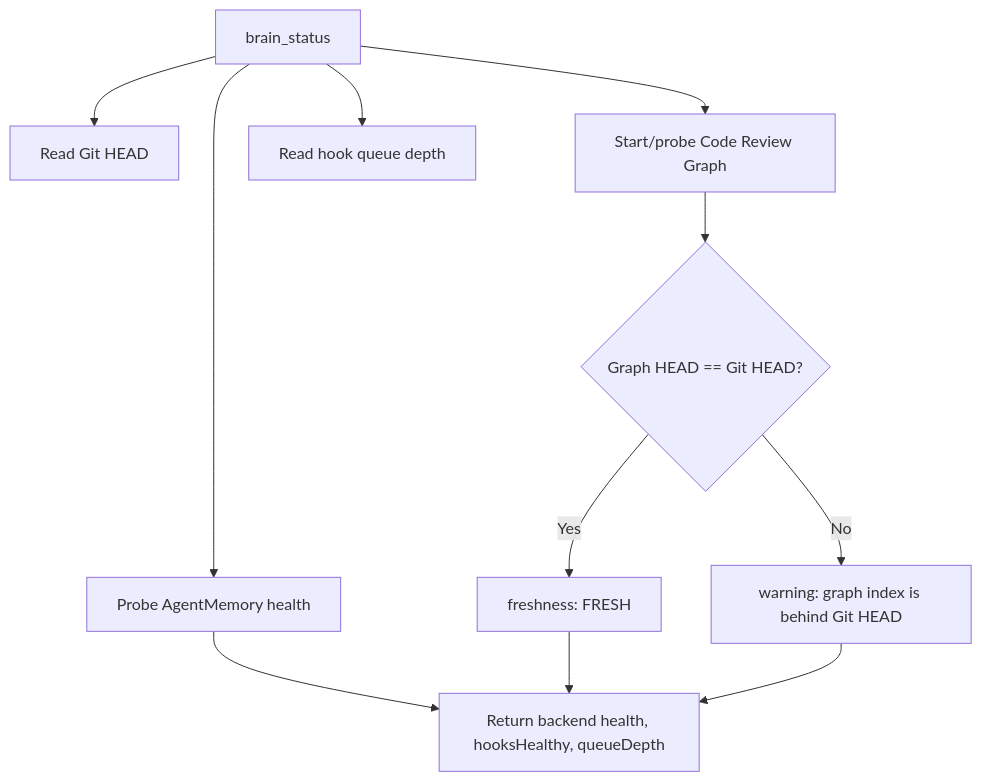
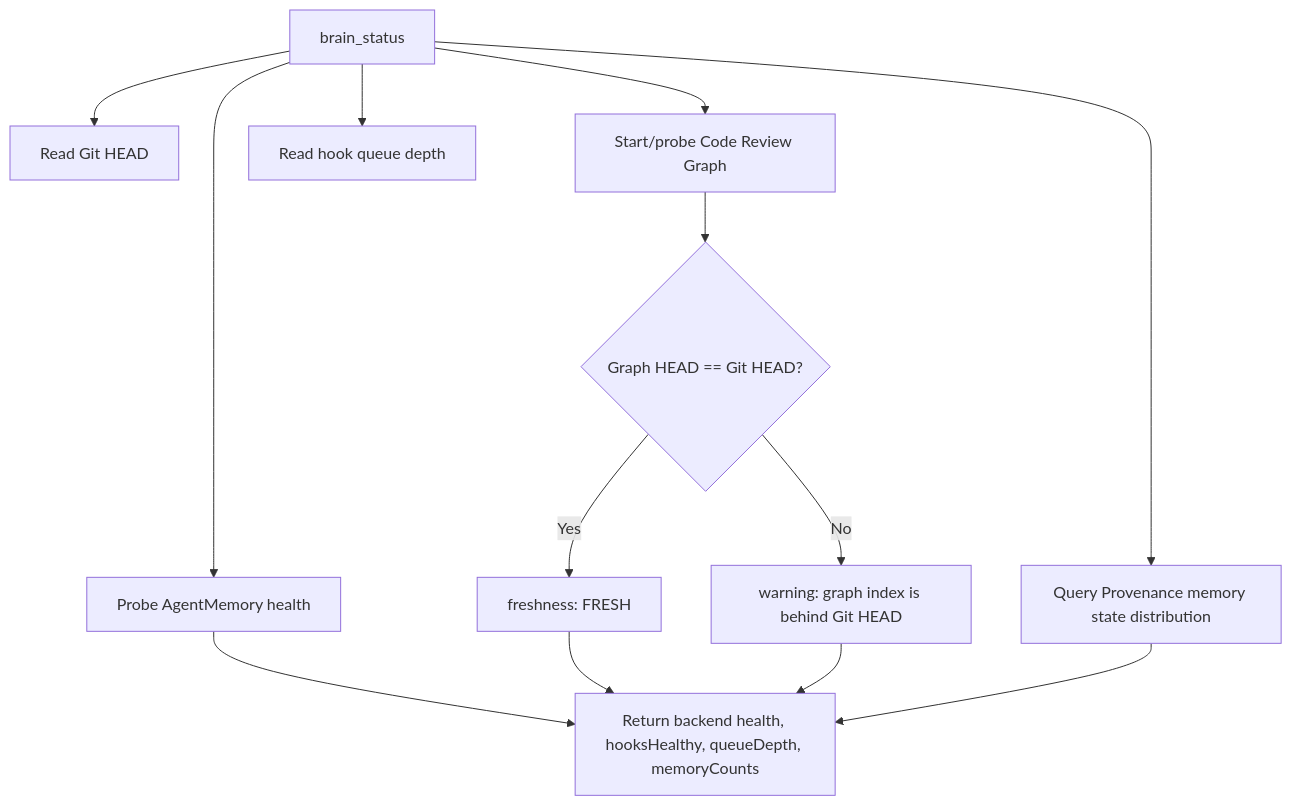
Before and after one commit to RaffaHr/mega-brain-mcp: the seventh of 10 diagrams in README.md, drawn with Mermaid. The commit also changed other lines of this file and 1 other file, not shown here.

````diff
--- a/README.md
+++ b/README.md
@@ -477,13 +487,15 @@
 ```mermaid
 flowchart TD
   A["brain_status"] --> B["Read Git HEAD"]
   A --> C["Probe AgentMemory health"]
   A --> D["Start/probe Code Review Graph"]
   A --> E["Read hook queue depth"]
-  D --> F{"Graph HEAD == Git HEAD?"}
-  F -->|Yes| G["freshness: FRESH"]
-  F -->|No| H["warning: graph index is behind Git HEAD"]
-  C --> I["Return backend health, hooksHealthy, queueDepth"]
-  G --> I
-  H --> I
+  A --> F["Query Provenance memory state distribution"]
+  D --> G{"Graph HEAD == Git HEAD?"}
+  G -->|Yes| H["freshness: FRESH"]
+  G -->|No| I["warning: graph index is behind Git HEAD"]
+  C --> J["Return backend health, hooksHealthy, queueDepth, memoryCounts"]
+  H --> J
+  I --> J
+  F --> J
 ```
````
